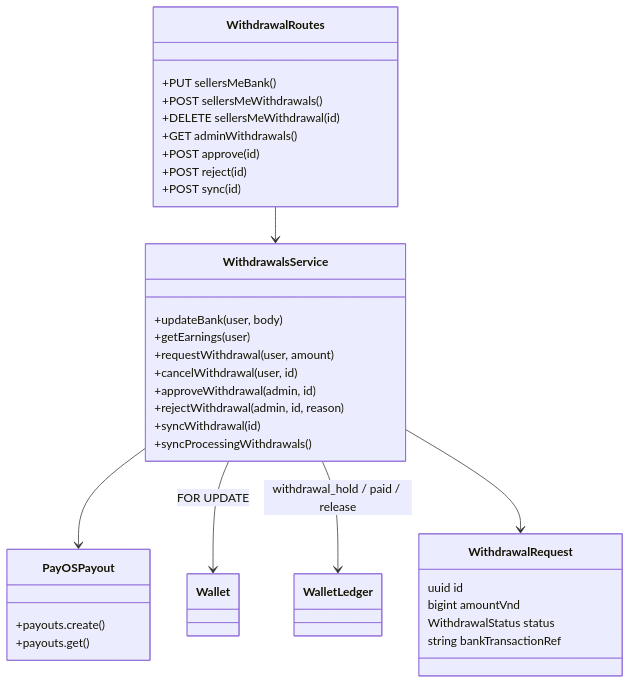
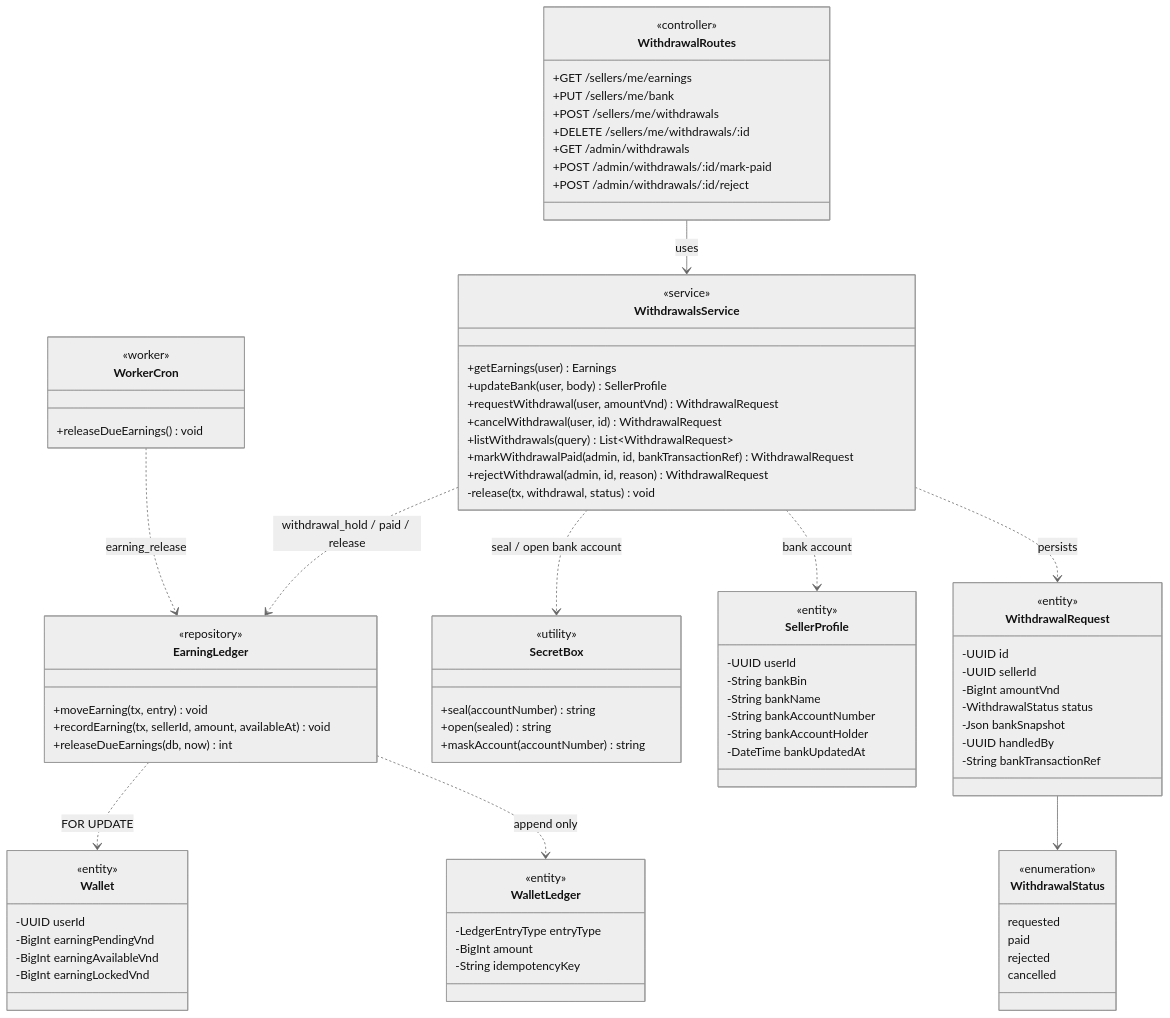
The diagram in docs/diagrams/sdd/3.6-withdraw-class.mmd (SEP490-GFA26SE186/BE), drawn with Mermaid before and after one commit. The commit also changed 46 other files, not shown here.

First line of the commit message:
Refactor class diagrams and sequence diagrams for monitoring, publishing, and withdrawals

```diff
--- a/docs/diagrams/sdd/3.6-withdraw-class.mmd
+++ b/docs/diagrams/sdd/3.6-withdraw-class.mmd
@@ -1,37 +1,89 @@
+%%{init: {"theme": "neutral", "themeVariables": {"fontFamily": "Arial"}}}%%
 classDiagram
+  direction TB
   class WithdrawalRoutes {
-    +PUT sellersMeBank()
-    +POST sellersMeWithdrawals()
-    +DELETE sellersMeWithdrawal(id)
-    +GET adminWithdrawals()
-    +POST approve(id)
-    +POST reject(id)
-    +POST sync(id)
+    <<controller>>
+    +GET /sellers/me/earnings
+    +PUT /sellers/me/bank
+    +POST /sellers/me/withdrawals
+    +DELETE /sellers/me/withdrawals/:id
+    +GET /admin/withdrawals
+    +POST /admin/withdrawals/:id/mark-paid
+    +POST /admin/withdrawals/:id/reject
   }
   class WithdrawalsService {
-    +updateBank(user, body)
-    +getEarnings(user)
-    +requestWithdrawal(user, amount)
-    +cancelWithdrawal(user, id)
-    +approveWithdrawal(admin, id)
-    +rejectWithdrawal(admin, id, reason)
-    +syncWithdrawal(id)
-    +syncProcessingWithdrawals()
+    <<service>>
+    +getEarnings(user) Earnings
+    +updateBank(user, body) SellerProfile
+    +requestWithdrawal(user, amountVnd) WithdrawalRequest
+    +cancelWithdrawal(user, id) WithdrawalRequest
+    +listWithdrawals(query) List~WithdrawalRequest~
+    +markWithdrawalPaid(admin, id, bankTransactionRef) WithdrawalRequest
+    +rejectWithdrawal(admin, id, reason) WithdrawalRequest
+    -release(tx, withdrawal, status) void
   }
-  class PayOSPayout {
-    +payouts.create()
-    +payouts.get()
+  class EarningLedger {
+    <<repository>>
+    +moveEarning(tx, entry) void
+    +recordEarning(tx, sellerId, amount, availableAt) void
+    +releaseDueEarnings(db, now) int
+  }
+  class WorkerCron {
+    <<worker>>
+    +releaseDueEarnings() void
+  }
+  class SecretBox {
+    <<utility>>
+    +seal(accountNumber) string
+    +open(sealed) string
+    +maskAccount(accountNumber) string
+  }
+  class SellerProfile {
+    <<entity>>
+    -UUID userId
+    -String bankBin
+    -String bankName
+    -String bankAccountNumber
+    -String bankAccountHolder
+    -DateTime bankUpdatedAt
   }
   class WithdrawalRequest {
-    uuid id
-    bigint amountVnd
-    WithdrawalStatus status
-    string bankTransactionRef
+    <<entity>>
+    -UUID id
+    -UUID sellerId
+    -BigInt amountVnd
+    -WithdrawalStatus status
+    -Json bankSnapshot
+    -UUID handledBy
+    -String bankTransactionRef
   }
-  class Wallet
-  class WalletLedger
-  WithdrawalRoutes --> WithdrawalsService
-  WithdrawalsService --> PayOSPayout
-  WithdrawalsService --> Wallet : FOR UPDATE
-  WithdrawalsService --> WalletLedger : withdrawal_hold / paid / release
-  WithdrawalsService --> WithdrawalRequest
+  class Wallet {
+    <<entity>>
+    -UUID userId
+    -BigInt earningPendingVnd
+    -BigInt earningAvailableVnd
+    -BigInt earningLockedVnd
+  }
+  class WalletLedger {
+    <<entity>>
+    -LedgerEntryType entryType
+    -BigInt amount
+    -String idempotencyKey
+  }
+  class WithdrawalStatus {
+    <<enumeration>>
+    requested
+    paid
+    rejected
+    cancelled
+  }
+
+  WithdrawalRoutes --> WithdrawalsService : uses
+  WithdrawalsService ..> EarningLedger : withdrawal_hold / paid / release
+  WorkerCron ..> EarningLedger : earning_release
+  WithdrawalsService ..> SecretBox : seal / open bank account
+  WithdrawalsService ..> SellerProfile : bank account
+  WithdrawalsService ..> WithdrawalRequest : persists
+  EarningLedger ..> Wallet : FOR UPDATE
+  EarningLedger ..> WalletLedger : append only
+  WithdrawalRequest --> WithdrawalStatus
```
